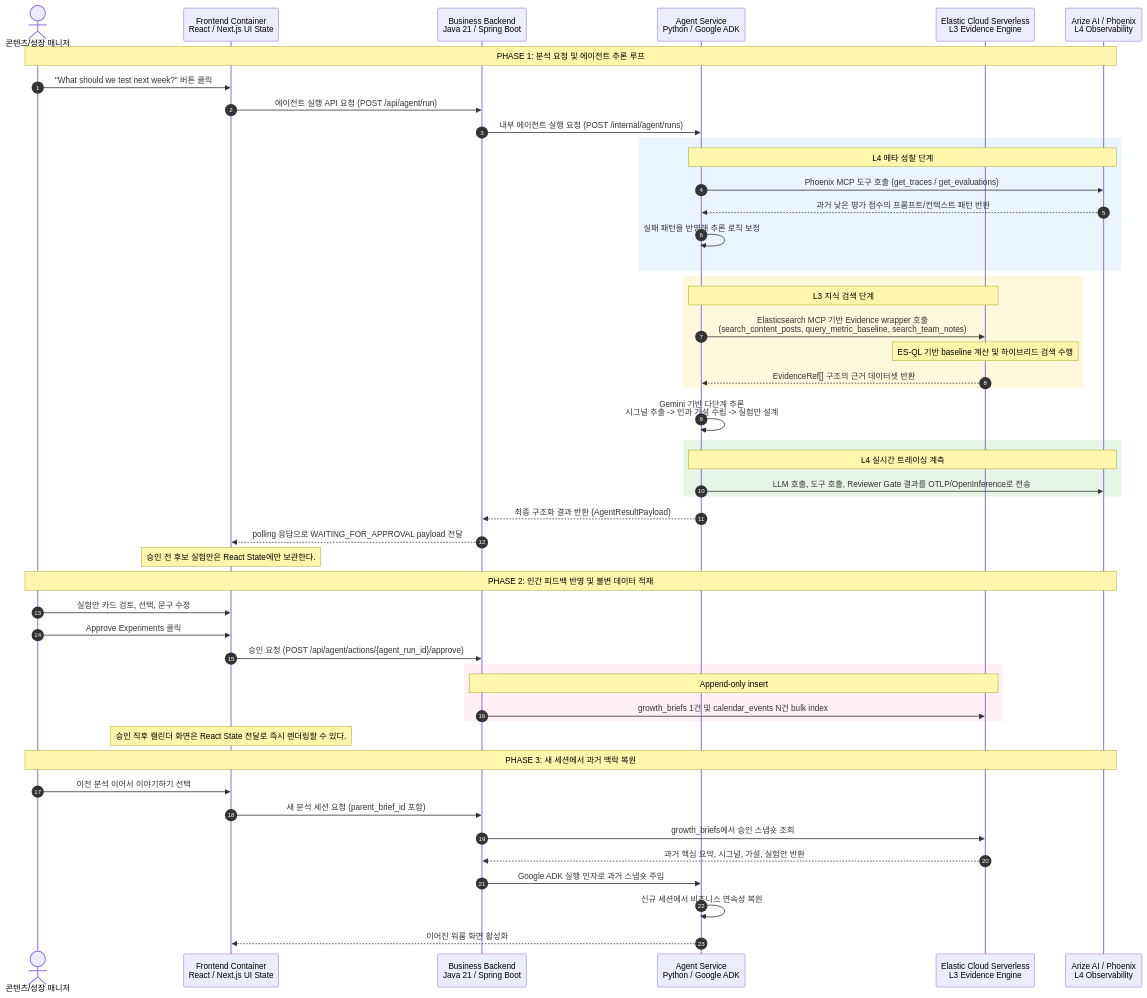
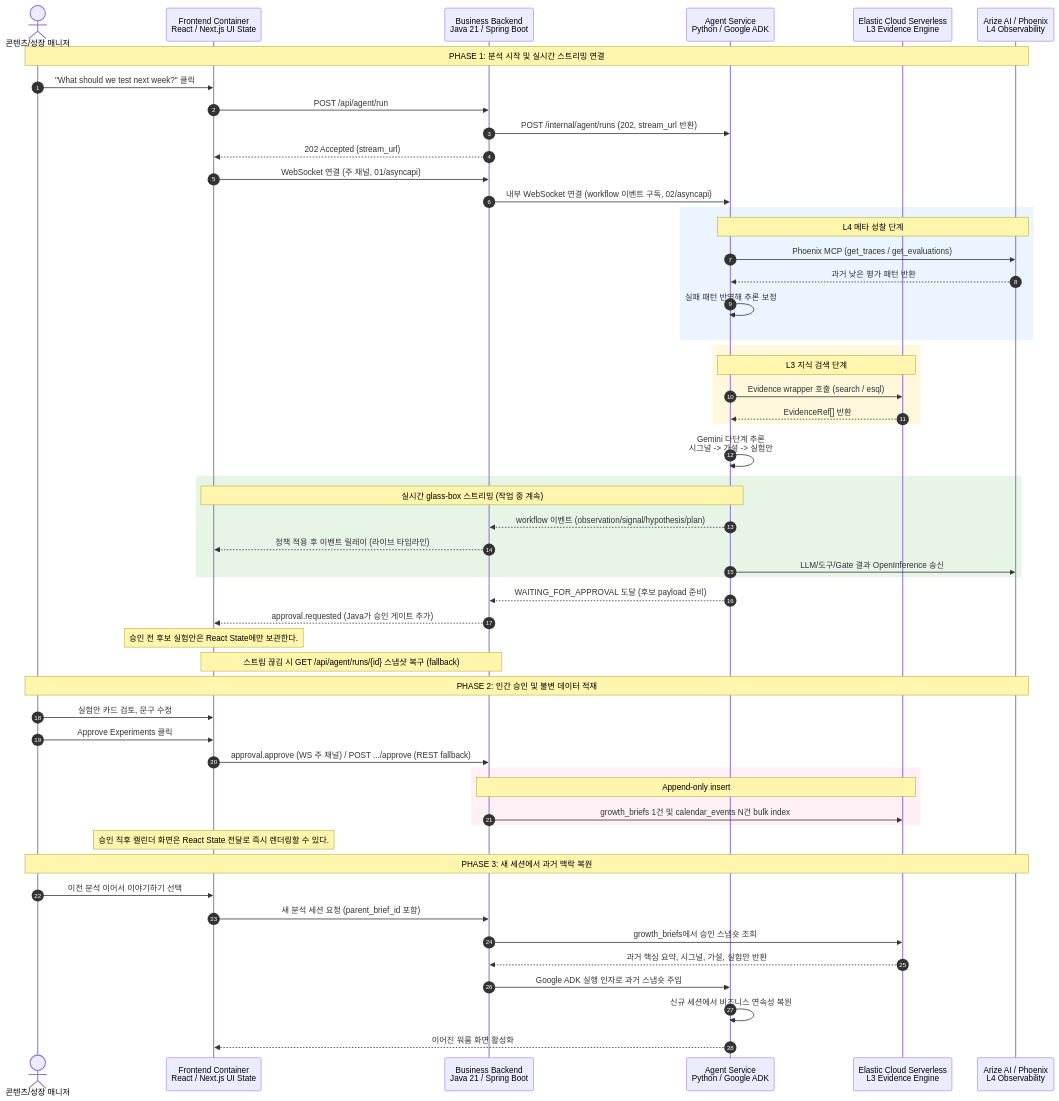
One commit to bbororo5/google_rapid_agent_hackaton changed the third of 5 diagrams in docs/architecture/launchpilot-c4.md. Above: the diagram before and after it, drawn with Mermaid. The commit also changed other lines of this file and 2 other files, not shown here.

Commit message:
docs: update report, c4, and prd for contract 1 & 2 changes
Updated the documentation to reflect contract 1 and 2 modifications driven by the websocket policy update.

````diff
--- a/docs/architecture/launchpilot-c4.md
+++ b/docs/architecture/launchpilot-c4.md
@@ -93,61 +93,66 @@
 ```mermaid
 sequenceDiagram
     autonumber
     actor User as 콘텐츠/성장 매니저
     participant FE as Frontend Container<br/>React / Next.js UI State
     participant BE as Business Backend<br/>Java 21 / Spring Boot
     participant AG as Agent Service<br/>Python / Google ADK
     participant Elastic as Elastic Cloud Serverless<br/>L3 Evidence Engine
     participant Arize as Arize AI / Phoenix<br/>L4 Observability
 
-    Note over User, Arize: PHASE 1: 분석 요청 및 에이전트 추론 루프
-    User->>FE: "What should we test next week?" 버튼 클릭
-    FE->>BE: 에이전트 실행 API 요청 (POST /api/agent/run)
-    BE->>AG: 내부 에이전트 실행 요청 (POST /internal/agent/runs)
+    Note over User, Arize: PHASE 1: 분석 시작 및 실시간 스트리밍 연결
+    User->>FE: "What should we test next week?" 클릭
+    FE->>BE: POST /api/agent/run
+    BE->>AG: POST /internal/agent/runs (202, stream_url 반환)
+    BE-->>FE: 202 Accepted (stream_url)
+    FE->>BE: WebSocket 연결 (주 채널, 01/asyncapi)
+    BE->>AG: 내부 WebSocket 연결 (workflow 이벤트 구독, 02/asyncapi)
 
     rect rgb(235, 245, 255)
         Note over AG, Arize: L4 메타 성찰 단계
-        AG->>Arize: Phoenix MCP 도구 호출 (get_traces / get_evaluations)
-        Arize-->>AG: 과거 낮은 평가 점수의 프롬프트/컨텍스트 패턴 반환
-        AG->>AG: 실패 패턴을 반영해 추론 로직 보정
+        AG->>Arize: Phoenix MCP (get_traces / get_evaluations)
+        Arize-->>AG: 과거 낮은 평가 패턴 반환
+        AG->>AG: 실패 패턴 반영해 추론 보정
     end
 
     rect rgb(255, 248, 220)
         Note over AG, Elastic: L3 지식 검색 단계
-        AG->>Elastic: Elasticsearch MCP 기반 Evidence wrapper 호출<br/>(search_content_posts, query_metric_baseline, search_team_notes)
-        Note over Elastic: ES-QL 기반 baseline 계산 및 하이브리드 검색 수행
-        Elastic-->>AG: EvidenceRef[] 구조의 근거 데이터셋 반환
+        AG->>Elastic: Evidence wrapper 호출 (search / esql)
+        Elastic-->>AG: EvidenceRef[] 반환
     end
 
-    AG->>AG: Gemini 기반 다단계 추론<br/>시그널 추출 -> 인과 가설 수립 -> 실험안 설계
+    AG->>AG: Gemini 다단계 추론<br/>시그널 -> 가설 -> 실험안
 
     rect rgb(230, 245, 230)
-        Note over AG, Arize: L4 실시간 트레이싱 계측
-        AG->>Arize: LLM 호출, 도구 호출, Reviewer Gate 결과를 OTLP/OpenInference로 전송
+        Note over FE, AG: 실시간 glass-box 스트리밍 (작업 중 계속)
+        AG-->>BE: workflow 이벤트 (observation/signal/hypothesis/plan)
+        BE-->>FE: 정책 적용 후 이벤트 릴레이 (라이브 타임라인)
+        AG->>Arize: LLM/도구/Gate 결과 OpenInference 송신
     end
 
-    AG-->>BE: 최종 구조화 결과 반환 (AgentResultPayload)
-    BE-->>FE: polling 응답으로 WAITING_FOR_APPROVAL payload 전달
+    AG-->>BE: WAITING_FOR_APPROVAL 도달 (후보 payload 준비)
+    BE-->>FE: approval.requested (Java가 승인 게이트 추가)
     Note over FE: 승인 전 후보 실험안은 React State에만 보관한다.
+    Note over FE, BE: 스트림 끊김 시 GET /api/agent/runs/{id} 스냅샷 복구 (fallback)
 
-    Note over User, Arize: PHASE 2: 인간 피드백 반영 및 불변 데이터 적재
-    User->>FE: 실험안 카드 검토, 선택, 문구 수정
+    Note over User, Arize: PHASE 2: 인간 승인 및 불변 데이터 적재
+    User->>FE: 실험안 카드 검토, 문구 수정
     User->>FE: Approve Experiments 클릭
-    FE->>BE: 승인 요청 (POST /api/agent/actions/{agent_run_id}/approve)
+    FE->>BE: approval.approve (WS 주 채널) / POST .../approve (REST fallback)
 
     rect rgb(255, 240, 245)
         Note over BE, Elastic: Append-only insert
         BE->>Elastic: growth_briefs 1건 및 calendar_events N건 bulk index
     end
 
     Note over FE: 승인 직후 캘린더 화면은 React State 전달로 즉시 렌더링할 수 있다.
 
     Note over User, Arize: PHASE 3: 새 세션에서 과거 맥락 복원
     User->>FE: 이전 분석 이어서 이야기하기 선택
     FE->>BE: 새 분석 세션 요청 (parent_brief_id 포함)
     BE->>Elastic: growth_briefs에서 승인 스냅숏 조회
     Elastic-->>BE: 과거 핵심 요약, 시그널, 가설, 실험안 반환
     BE->>AG: Google ADK 실행 인자로 과거 스냅숏 주입
     AG->>AG: 신규 세션에서 비즈니스 연속성 복원
     AG-->>FE: 이어진 워룸 화면 활성화
 ```
````
